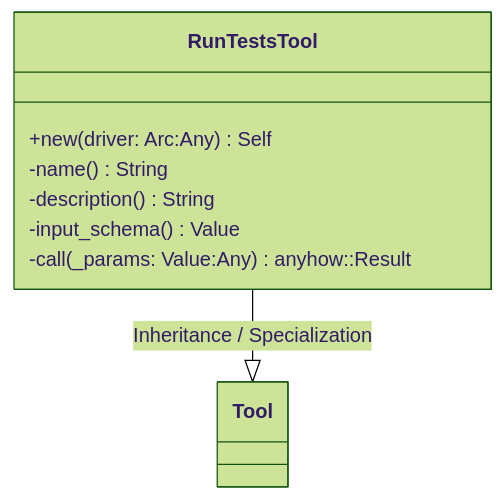
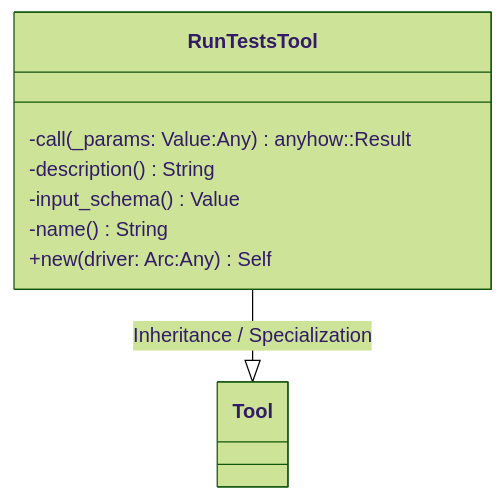
One commit to lgcorzo/rust_CACD_autonomous_factory changed the first of 2 diagrams in openwiki/crates_factory-mcp-server_src_tools_run_tests_rs.md. Above: the diagram before and after it, drawn with Mermaid (forest theme). The commit also changed other lines of this file and 76 other files, not shown here.

````diff
--- a/openwiki/crates_factory-mcp-server_src_tools_run_tests_rs.md
+++ b/openwiki/crates_factory-mcp-server_src_tools_run_tests_rs.md
@@ -81,13 +81,13 @@
 ```mermaid
 classDiagram
     direction BT
     class RunTestsTool {
-        +new(driver: Arc<dyn SandboxDriver>:Any) Self
-        -name() String
+        -call(_params: Value:Any) anyhow::Result<CallToolResult>
         -description() String
         -input_schema() Value
-        -call(_params: Value:Any) anyhow::Result<CallToolResult>
+        -name() String
+        +new(driver: Arc<dyn SandboxDriver>:Any) Self
     }
     Tool <|-- RunTestsTool : Inheritance / Specialization
 
 ```
````
